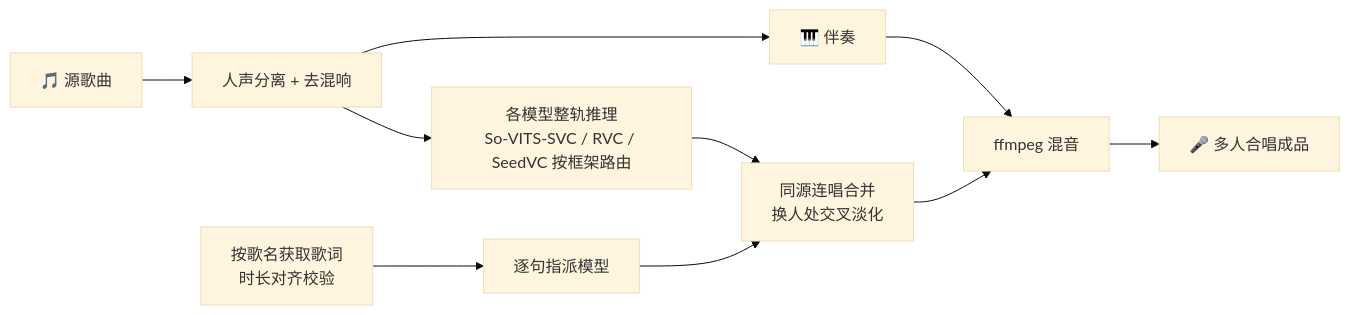
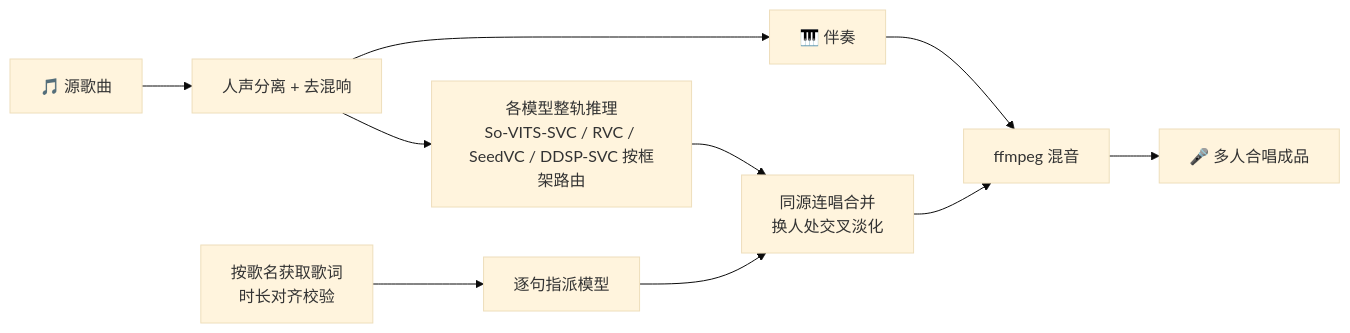
Before and after one commit to SDIJF1521/xb-svcb: the second of 3 diagrams in README.md, drawn with Mermaid (base theme). The commit also changed other lines of this file and 49 other files, not shown here.

Commit message:
v0.0.20 · DDSP-SVC 6.3 + 全局消息同步 + UVR 设备修复 + 编辑器工作流

````diff
--- a/README.md
+++ b/README.md
@@ -372,12 +377,12 @@
 ```mermaid
 flowchart LR
     A[🎵 源歌曲] --> B[人声分离 + 去混响]
     B --> I[🎹 伴奏]
     L[按歌名获取歌词<br/>时长对齐校验] --> N[逐句指派模型]
-    B --> P[各模型整轨推理<br/>So-VITS-SVC / RVC / SeedVC 按框架路由]
+    B --> P[各模型整轨推理<br/>So-VITS-SVC / RVC / SeedVC / DDSP-SVC 按框架路由]
     N --> Q[同源连唱合并<br/>换人处交叉淡化]
     P --> Q
     I --> F[ffmpeg 混音]
     Q --> F
     F --> G[🎤 多人合唱成品]
 ```
````
